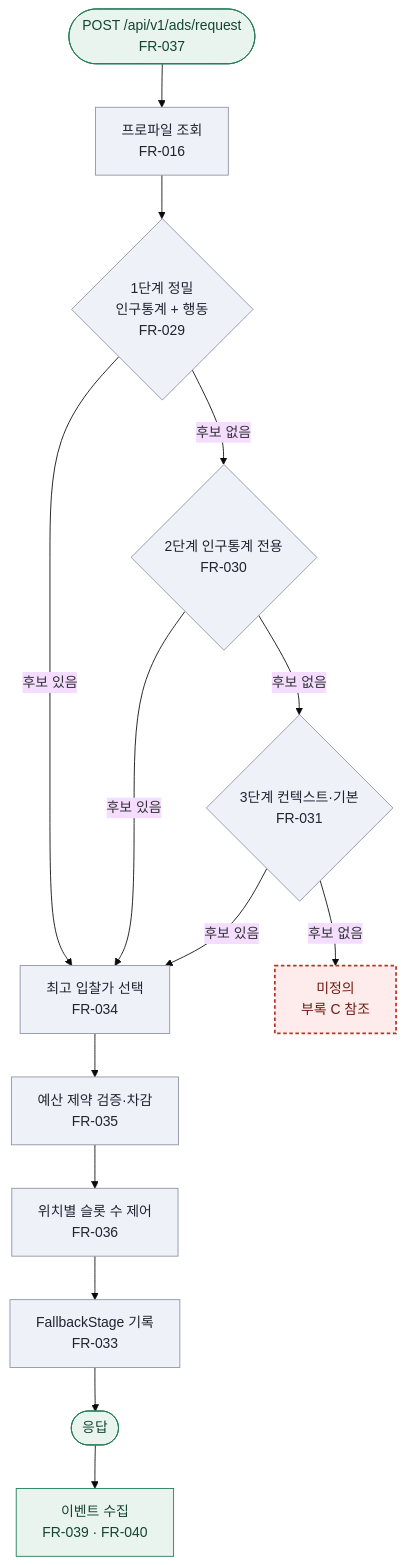
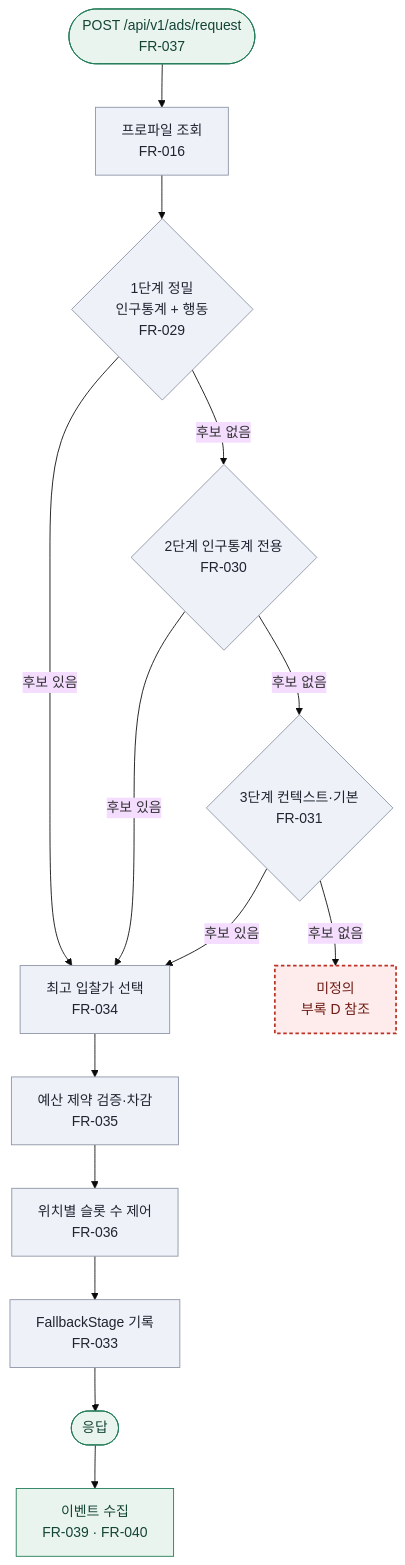
One commit to STERNYUL/AI_PLACE_MATE changed the fourth of 5 diagrams in TASKS-adtech-mvp-v1.0.md. Above: the diagram before and after it, drawn with Mermaid (base theme). The commit also changed other lines of this file, not shown here.

````diff
--- a/TASKS-adtech-mvp-v1.0.md
+++ b/TASKS-adtech-mvp-v1.0.md
@@ -343,23 +344,23 @@
 ```mermaid
 flowchart TD
   RQ(["POST /api/v1/ads/request<br/>FR-037"]) --> PF["프로파일 조회<br/>FR-016"]
   PF --> S1{"1단계 정밀<br/>인구통계 + 행동<br/>FR-029"}
   S1 -->|후보 있음| YO
   S1 -->|후보 없음| S2{"2단계 인구통계 전용<br/>FR-030"}
   S2 -->|후보 있음| YO
   S2 -->|후보 없음| S3{"3단계 컨텍스트·기본<br/>FR-031"}
   S3 -->|후보 있음| YO
-  S3 -->|후보 없음| UNDEF["미정의<br/>부록 C 참조"]
+  S3 -->|후보 없음| UNDEF["미정의<br/>부록 D 참조"]
   YO["최고 입찰가 선택<br/>FR-034"] --> BG["예산 제약 검증·차감<br/>FR-035"]
   BG --> SLOT["위치별 슬롯 수 제어<br/>FR-036"]
   SLOT --> STG["FallbackStage 기록<br/>FR-033"]
   STG --> RES(["응답"])
   RES --> EV["이벤트 수집<br/>FR-039 · FR-040"]
 
   classDef undef fill:#fdeceb,stroke:#bc3226,stroke-width:2px,stroke-dasharray:4 3,color:#6f1a13
   classDef plain fill:#eef1f8,stroke:#8b93a5,color:#1f2430
   classDef term fill:#eaf4ee,stroke:#1e7a55,color:#124434
   class UNDEF undef
   class RQ,RES,EV term
   class PF,S1,S2,S3,YO,BG,SLOT,STG plain
 ```
````
